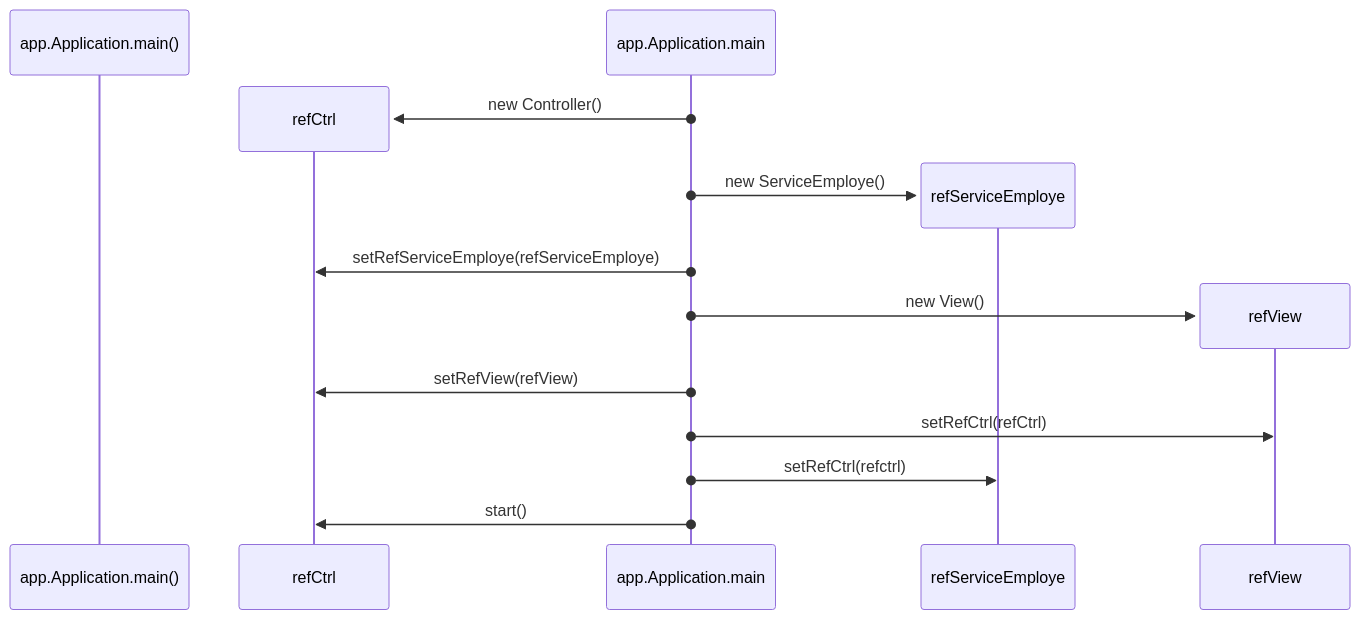
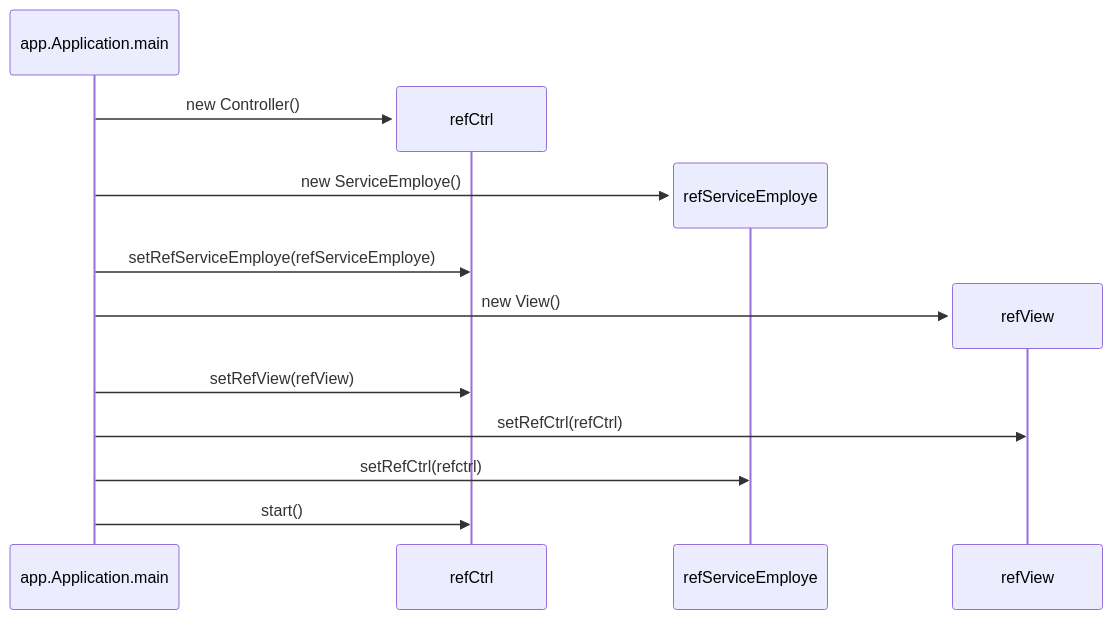
The fourth of 4 diagrams in README.md (emf-info-d400/Ex12-GestionEmployes), drawn with Mermaid before and after one commit. The commit also changed other lines of this file, not shown here.

Commit message:
correction diagrammes UML

````diff
--- a/README.md
+++ b/README.md
@@ -317,15 +320,15 @@
 ```mermaid
 sequenceDiagram
-    participant app.Application.main()
+    participant app.Application.main
     create participant refCtrl
-    app.Application.main()->>refCtrl: new Controller()
+    app.Application.main->>refCtrl: new Controller()
     create participant refServiceEmploye
-    app.Application.main()->>refServiceEmploye: new ServiceEmploye()
-    app.Application.main()->>refCtrl: setRefServiceEmploye(refServiceEmploye)
+    app.Application.main->>refServiceEmploye: new ServiceEmploye()
+    app.Application.main->>refCtrl: setRefServiceEmploye(refServiceEmploye)
     create participant refView
-    app.Application.main()->>refView: new View()
-    app.Application.main()->>refCtrl: setRefView(refView)
-    app.Application.main()->>refView: setRefCtrl(refCtrl)
-    app.Application.main()->>refServiceEmploye: setRefCtrl(refctrl)
-    app.Application.main()->>refCtrl: start()
+    app.Application.main->>refView: new View()
+    app.Application.main->>refCtrl: setRefView(refView)
+    app.Application.main->>refView: setRefCtrl(refCtrl)
+    app.Application.main->>refServiceEmploye: setRefCtrl(refctrl)
+    app.Application.main->>refCtrl: start()
 ```
````
